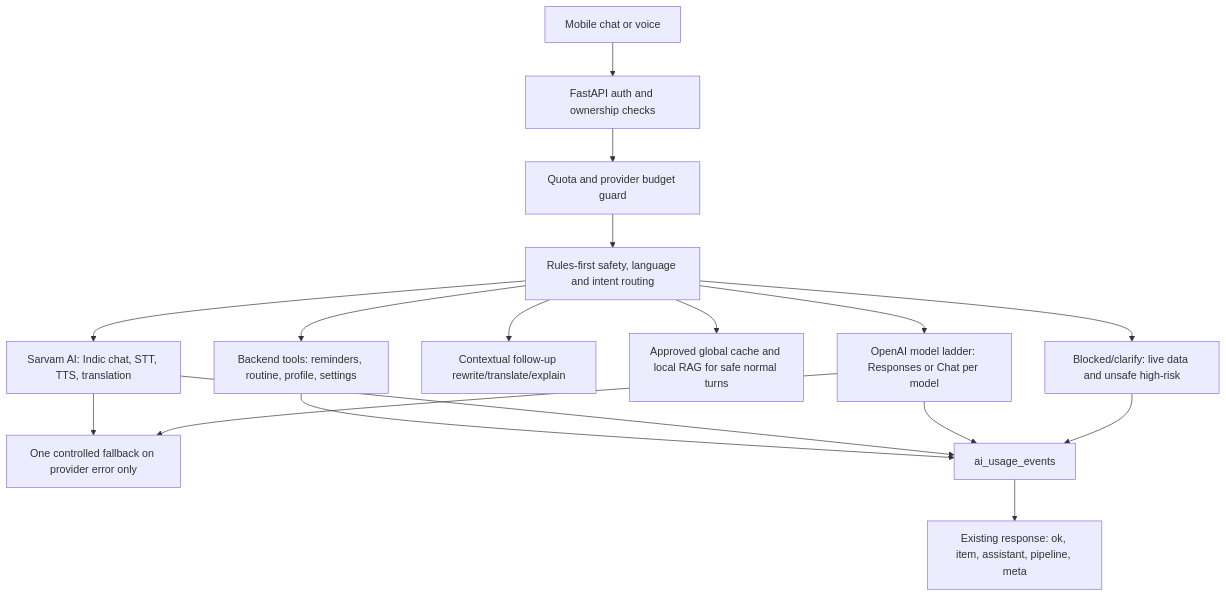
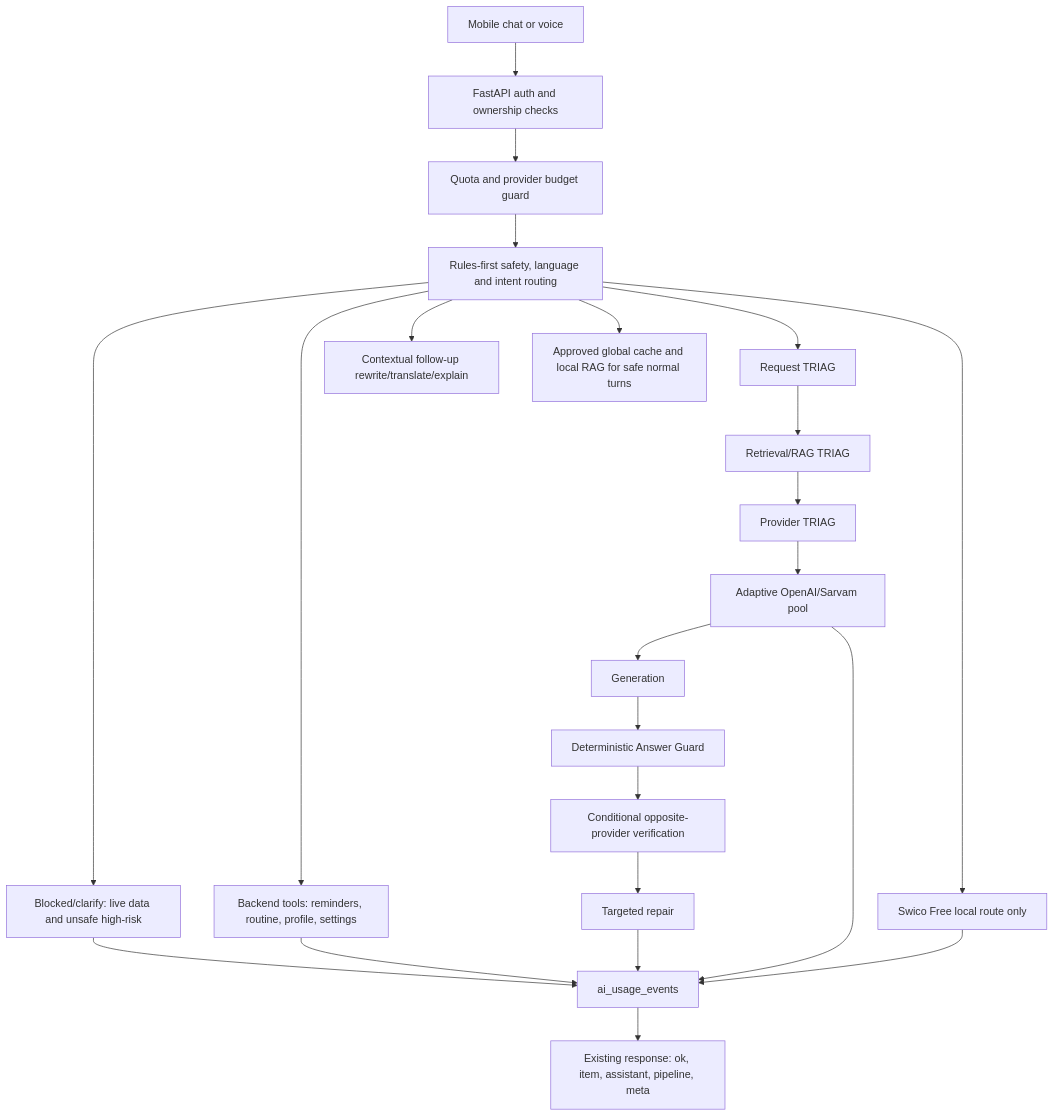
Before and after one commit to swivelit/ai_tool: the diagram in backend/AI_ARCHITECTURE.md, drawn with Mermaid. The commit also changed other lines of this file and 19 other files, not shown here.

Commit message:
feat(web-ai): implement TRI-TRIAG multi-provider routing and adaptive RAG

````diff
--- a/backend/AI_ARCHITECTURE.md
+++ b/backend/AI_ARCHITECTURE.md
@@ -5,19 +9,25 @@
 ```mermaid
 flowchart TD
   Mobile[Mobile chat or voice] --> Auth[FastAPI auth and ownership checks]
   Auth --> Budget[Quota and provider budget guard]
   Budget --> Intent[Rules-first safety, language and intent routing]
   Intent --> Block[Blocked/clarify: live data and unsafe high-risk]
   Intent --> Tool[Backend tools: reminders, routine, profile, settings]
   Intent --> Context[Contextual follow-up rewrite/translate/explain]
   Intent --> Cache[Approved global cache and local RAG for safe normal turns]
-  Intent --> Sarvam[Sarvam AI: Indic chat, STT, TTS, translation]
-  Intent --> OpenAILadder[OpenAI model ladder: Responses or Chat per model]
-  Sarvam --> Fallback[One controlled fallback on provider error only]
-  OpenAILadder --> Fallback
+  Intent --> RequestTriag[Request TRIAG]
+  RequestTriag --> RetrievalTriag[Retrieval/RAG TRIAG]
+  RetrievalTriag --> ProviderTriag[Provider TRIAG]
+  ProviderTriag --> Pool[Adaptive OpenAI/Sarvam pool]
+  Pool --> Generation[Generation]
+  Generation --> Guard[Deterministic Answer Guard]
+  Guard --> Verify[Conditional opposite-provider verification]
+  Verify --> Repair[Targeted repair]
+  Repair --> Usage[Independent usage settlement]
+  Intent --> Sarvam[Swico Free local route only]
   Tool --> Usage[ai_usage_events]
   Sarvam --> Usage
-  OpenAILadder --> Usage
+  Pool --> Usage
   Block --> Usage
   Usage --> Contract[Existing response: ok, item, assistant, pipeline, meta]
 ```
````
